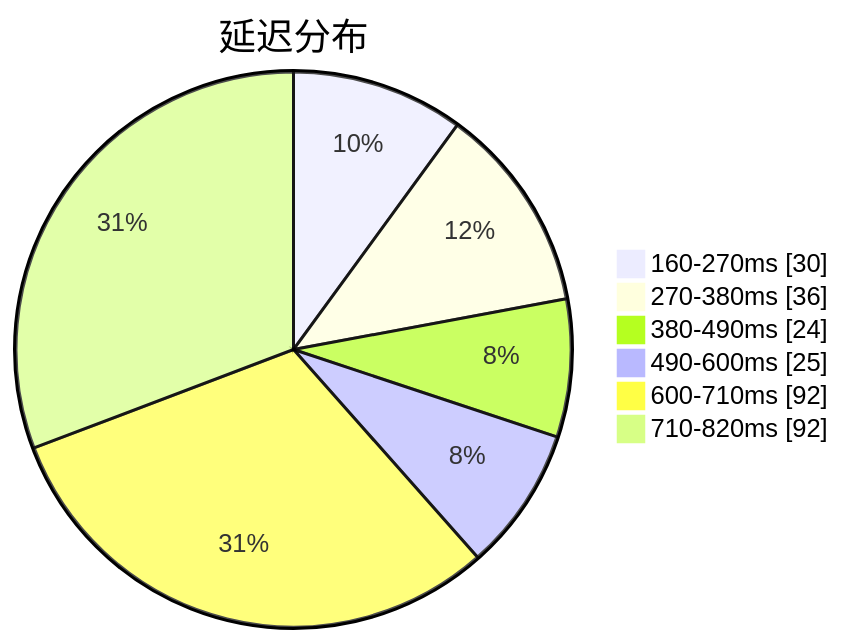
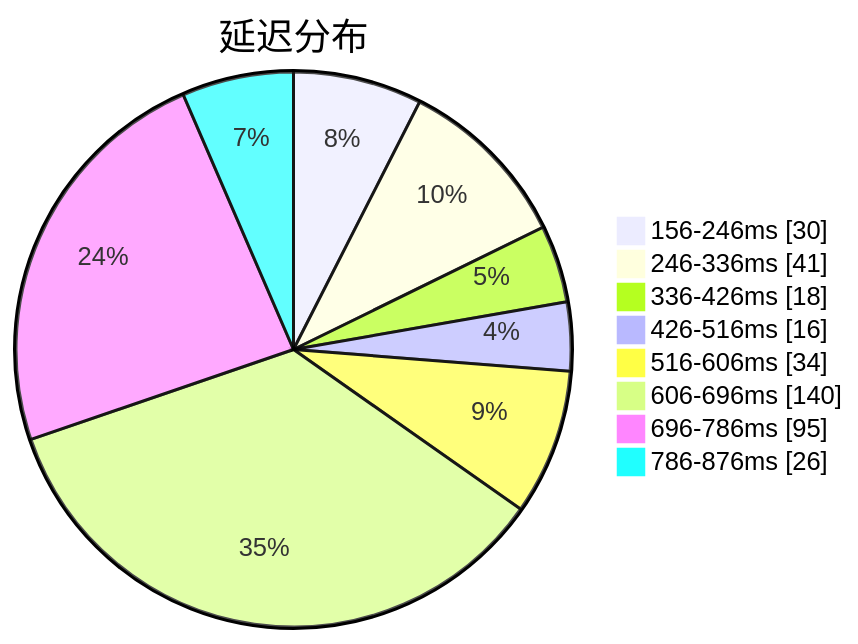
Before and after one commit to qjlxg/airport: the first of 3 diagrams in subs/statistics/tested_within.md, drawn with Mermaid. The commit also changed other lines of this file and 2 other files, not shown here.

Commit message:
Tested by metaST

````diff
--- a/subs/statistics/tested_within.md
+++ b/subs/statistics/tested_within.md
@@ -2,10 +2,12 @@
 ```mermaid
 pie showData
 title 延迟分布
-"160-270ms" : 30
-"270-380ms" : 36
-"380-490ms" : 24
-"490-600ms" : 25
-"600-710ms" : 92
-"710-820ms" : 92
+"156-246ms" : 30
+"246-336ms" : 41
+"336-426ms" : 18
+"426-516ms" : 16
+"516-606ms" : 34
+"606-696ms" : 140
+"696-786ms" : 95
+"786-876ms" : 26
 ```
````
